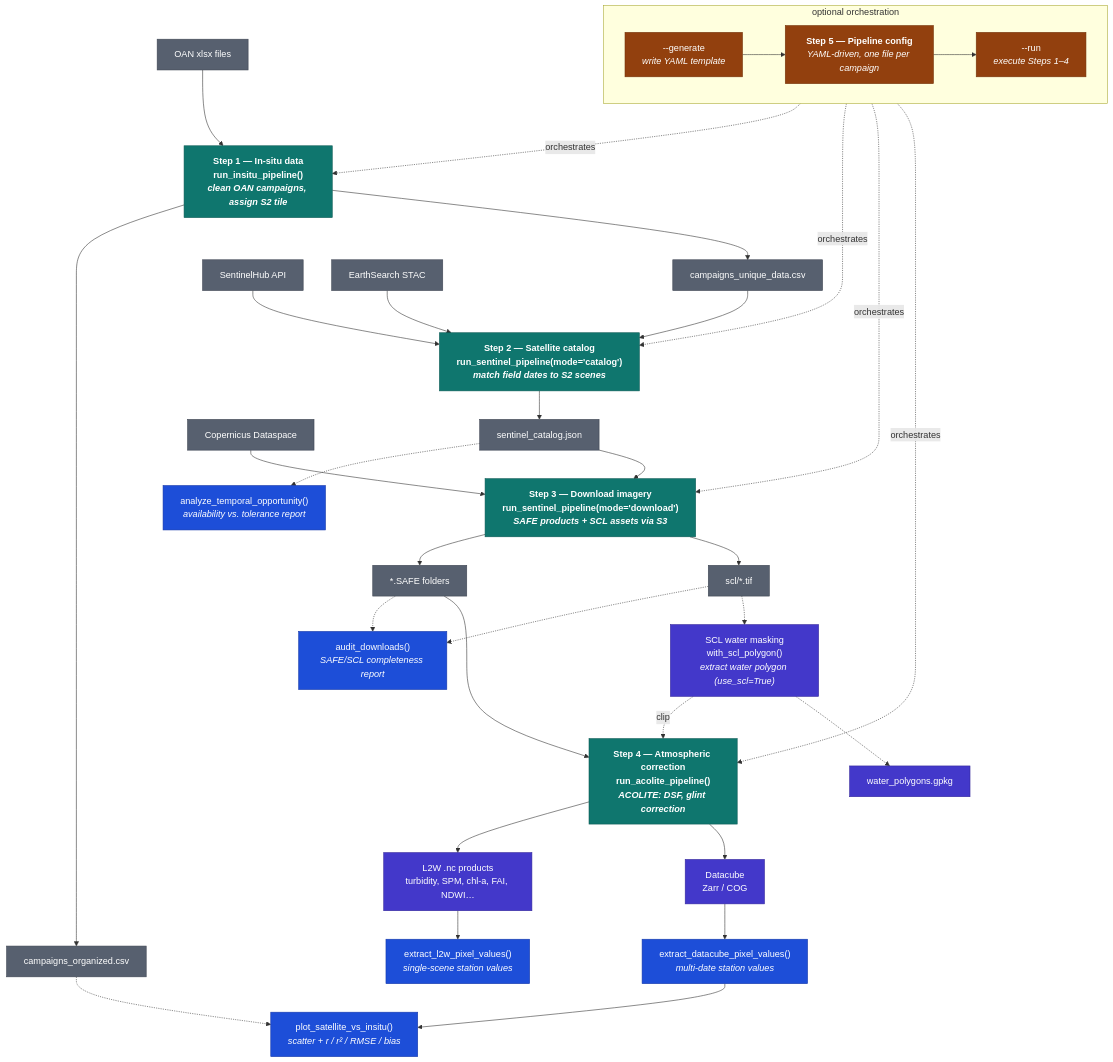
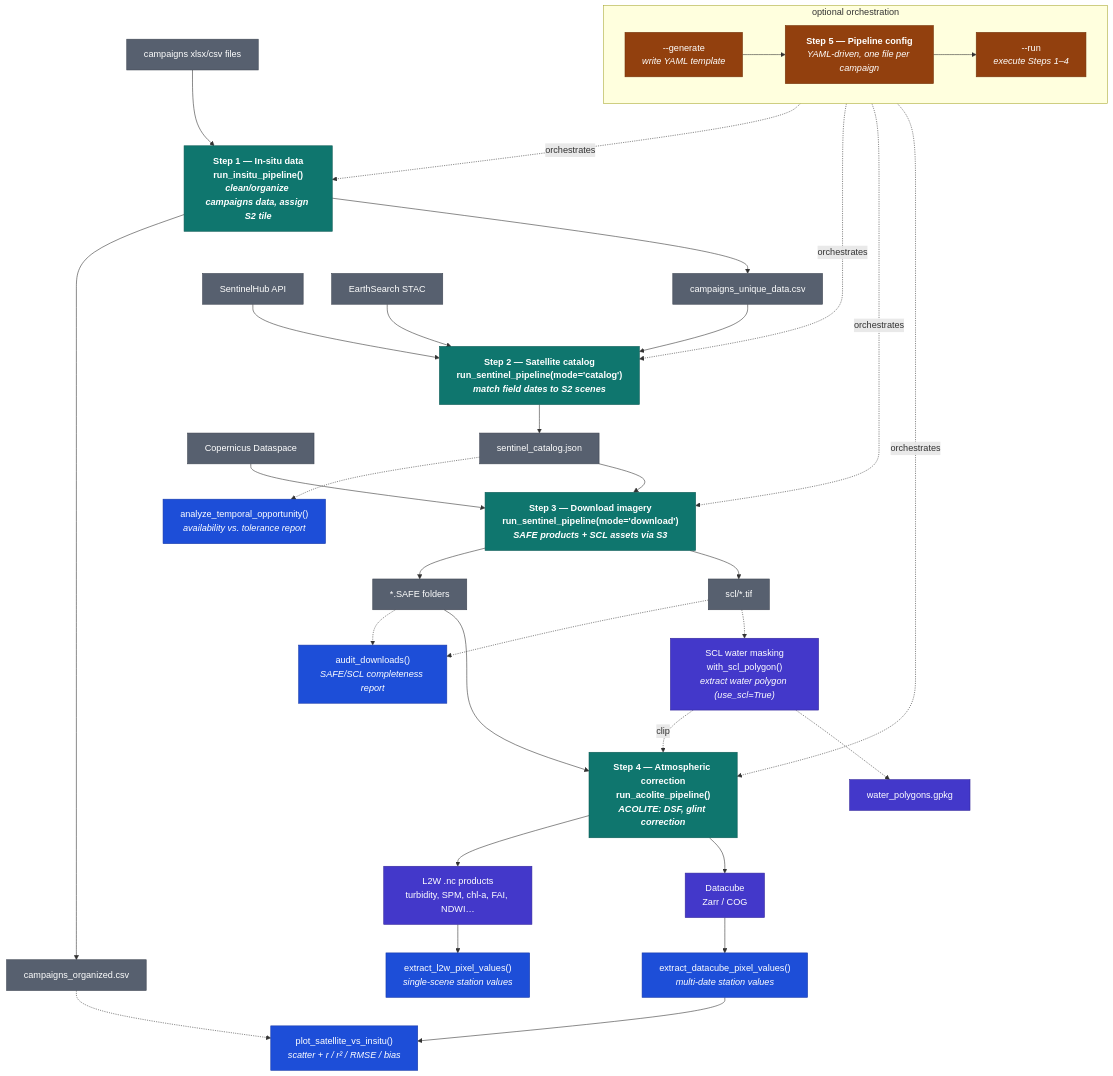
The diagram in Workflow.md (FelipeSBarros/RioNegroMatchup), drawn with Mermaid before and after one commit.

Commit message:
update workflow

````diff
--- a/Workflow.md
+++ b/Workflow.md
@@ -5,81 +5,82 @@
 ```mermaid
 flowchart TD
-    OAN["OAN xlsx files"]:::io
-    STEP1["<b>Step 1 — In-situ data</b><br/>run_insitu_pipeline()<br/><i>clean OAN campaigns, assign S2 tile</i>"]:::step
+    OAN["campaigns xlsx/csv files"]:::io
+    STEP1["<b>Step 1 — In-situ data</b><br/>run_insitu_pipeline()<br/><i>clean/organize campaigns data, assign S2 tile</i>"]:::step
     ORG["campaigns_organized.csv"]:::artifact
     UNIQ["campaigns_unique_data.csv"]:::artifact
 
     OAN --> STEP1
     STEP1 --> ORG
     STEP1 --> UNIQ
 
     SHAPI["SentinelHub API"]:::io
     ESTAC["EarthSearch STAC"]:::io
     STEP2["<b>Step 2 — Satellite catalog</b><br/>run_sentinel_pipeline(mode='catalog')<br/><i>match field dates to S2 scenes</i>"]:::step
     CATALOG["sentinel_catalog.json"]:::artifact
     OPPCOST["analyze_temporal_opportunity()<br/><i>availability vs. tolerance report</i>"]:::utility
 
     UNIQ --> STEP2
     SHAPI --> STEP2
     ESTAC --> STEP2
     STEP2 --> CATALOG
     CATALOG -.-> OPPCOST
 
     DATASPACE["Copernicus Dataspace"]:::io
     STEP3["<b>Step 3 — Download imagery</b><br/>run_sentinel_pipeline(mode='download')<br/><i>SAFE products + SCL assets via S3</i>"]:::step
     SAFE["*.SAFE folders"]:::artifact
     SCLTIF["scl/*.tif"]:::artifact
     AUDIT["audit_downloads()<br/><i>SAFE/SCL completeness report</i>"]:::utility
 
     CATALOG --> STEP3
     DATASPACE --> STEP3
     STEP3 --> SAFE
     STEP3 --> SCLTIF
     SAFE -.-> AUDIT
     SCLTIF -.-> AUDIT
 
     SCLMASK["SCL water masking<br/>with_scl_polygon()<br/><i>extract water polygon (use_scl=True)</i>"]:::scl
     SCLTIF -.-> SCLMASK
 
     STEP4["<b>Step 4 — Atmospheric correction</b><br/>run_acolite_pipeline()<br/><i>ACOLITE: DSF, glint correction</i>"]:::step
     SAFE --> STEP4
     SCLMASK -.->|clip| STEP4
 
     L2W["L2W .nc products<br/>turbidity, SPM, chl-a, FAI, NDWI…"]:::product
     DCUBE["Datacube<br/>Zarr / COG"]:::product
     POLY["water_polygons.gpkg"]:::product
 
     STEP4 --> L2W
     STEP4 --> DCUBE
     SCLMASK -.-> POLY
 
     L2WEX["extract_l2w_pixel_values()<br/><i>single-scene station values</i>"]:::utility
     DCEX["extract_datacube_pixel_values()<br/><i>multi-date station values</i>"]:::utility
     SCATTER["plot_satellite_vs_insitu()<br/><i>scatter + r / r² / RMSE / bias</i>"]:::utility
 
     L2W --> L2WEX
     DCUBE --> DCEX
     ORG -.-> SCATTER
     DCEX --> SCATTER
 
     subgraph ORCH["optional orchestration"]
         direction LR
         GEN["--generate<br/><i>write YAML template</i>"]:::config
         STEP5["<b>Step 5 — Pipeline config</b><br/><i>YAML-driven, one file per campaign</i>"]:::config
         RUN["--run<br/><i>execute Steps 1–4</i>"]:::config
         GEN --> STEP5 --> RUN
     end
 
     STEP5 -.orchestrates.-> STEP1
     STEP5 -.orchestrates.-> STEP2
     STEP5 -.orchestrates.-> STEP3
     STEP5 -.orchestrates.-> STEP4
 
     classDef step fill:#0f766e,stroke:#0b5a54,color:#ffffff,font-weight:bold
     classDef artifact fill:#57606f,stroke:#3d4451,color:#ffffff
     classDef io fill:#57606f,stroke:#3d4451,color:#ffffff
     classDef product fill:#4338ca,stroke:#33269a,color:#ffffff
     classDef scl fill:#4338ca,stroke:#33269a,color:#ffffff
     classDef config fill:#92400e,stroke:#733309,color:#ffffff
     classDef utility fill:#1d4ed8,stroke:#1638a8,color:#ffffff
+
 ```
````
